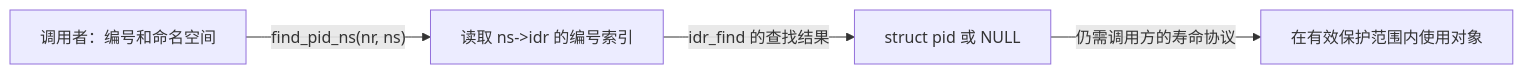
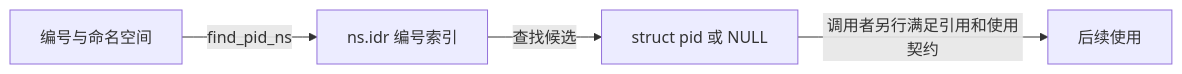
One commit to FormingSystem/linux_note changed the first of 4 diagrams in knowledge/linux/data_structures/哈希表_Hash_Table/P04_内核实战与应用/P06_哈希表在内核子系统中的影子(深度拆解篇).md. Above: the diagram before and after it, drawn with Mermaid. The commit also changed other lines of this file and 27 other files, not shown here.

````diff
--- a/knowledge/linux/data_structures/哈希表_Hash_Table/P04_内核实战与应用/P06_哈希表在内核子系统中的影子(深度拆解篇).md
+++ b/knowledge/linux/data_structures/哈希表_Hash_Table/P04_内核实战与应用/P06_哈希表在内核子系统中的影子(深度拆解篇).md
@@ -23,6 +23,6 @@
 ```mermaid
 flowchart LR
-    caller["调用者：编号和命名空间"] -->|"find_pid_ns(nr, ns)"| lookup["读取 ns->idr 的编号索引"]
-    lookup -->|"idr_find 的查找结果"| pid["struct pid 或 NULL"]
-    pid -->|"仍需调用方的寿命协议"| use["在有效保护范围内使用对象"]
+    query["编号与命名空间"] -->|"find_pid_ns"| index["ns.idr 编号索引"]
+    index -->|"查找候选"| pid["struct pid 或 NULL"]
+    pid -->|"调用者另行满足引用和使用契约"| use["后续使用"]
 ```
````
